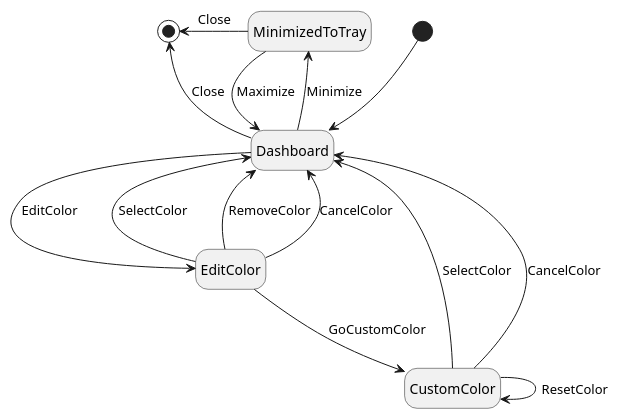
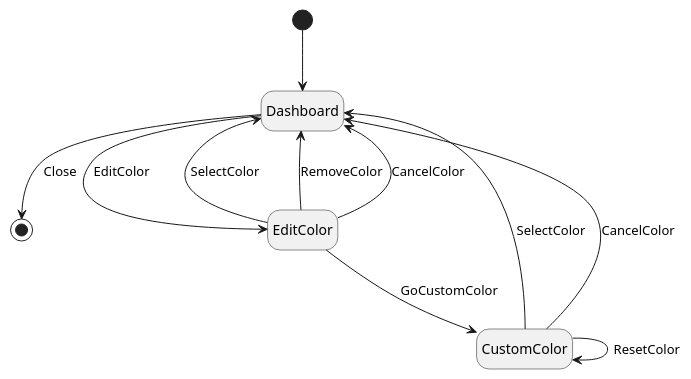
The diagram in assignments/4_model_based_testing/state_machines/state_machine_3.puml (JoaoCostaIFG/tvvs), drawn with PlantUML before and after one commit. The commit also changed 3 other files, not shown here.

```diff
--- a/assignments/4_model_based_testing/state_machines/state_machine_3.puml
+++ b/assignments/4_model_based_testing/state_machines/state_machine_3.puml
@@ -1,22 +1,17 @@
 @startuml
 hide empty description
 
 [*] -d-> Dashboard
 
 Dashboard --> [*] : Close
-Dashboard --> MinimizedToTray : Minimize
 Dashboard --> EditColor : EditColor
 
 EditColor --> Dashboard : SelectColor
 EditColor --> Dashboard : RemoveColor
 EditColor --> Dashboard : CancelColor
 EditColor --> CustomColor : GoCustomColor
 
 CustomColor --> Dashboard : SelectColor
 CustomColor --> Dashboard : CancelColor
 CustomColor --> CustomColor : ResetColor
-
-MinimizedToTray --> Dashboard : Maximize
-MinimizedToTray -l-> [*] : Close
-
 @enduml
```
